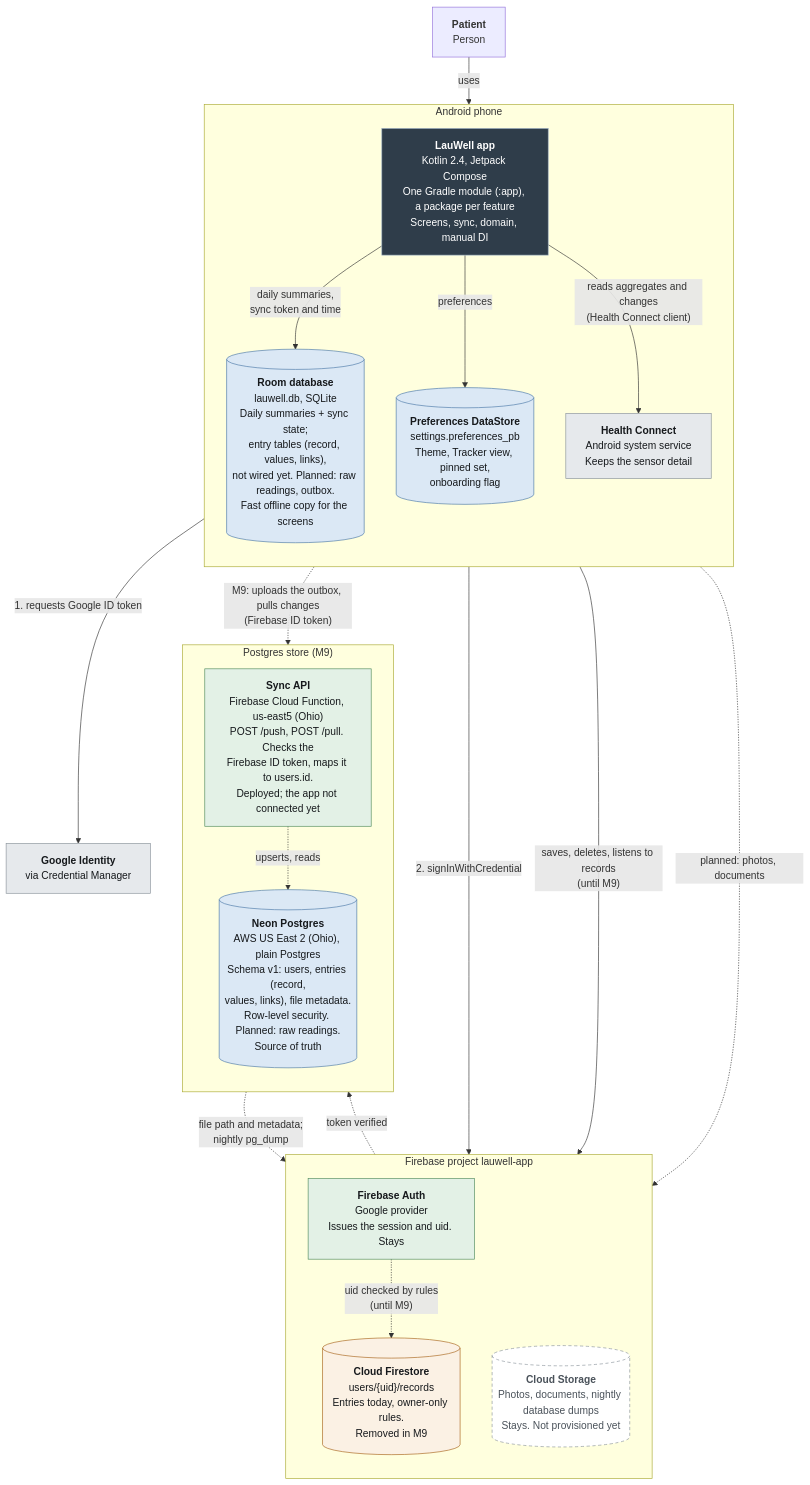
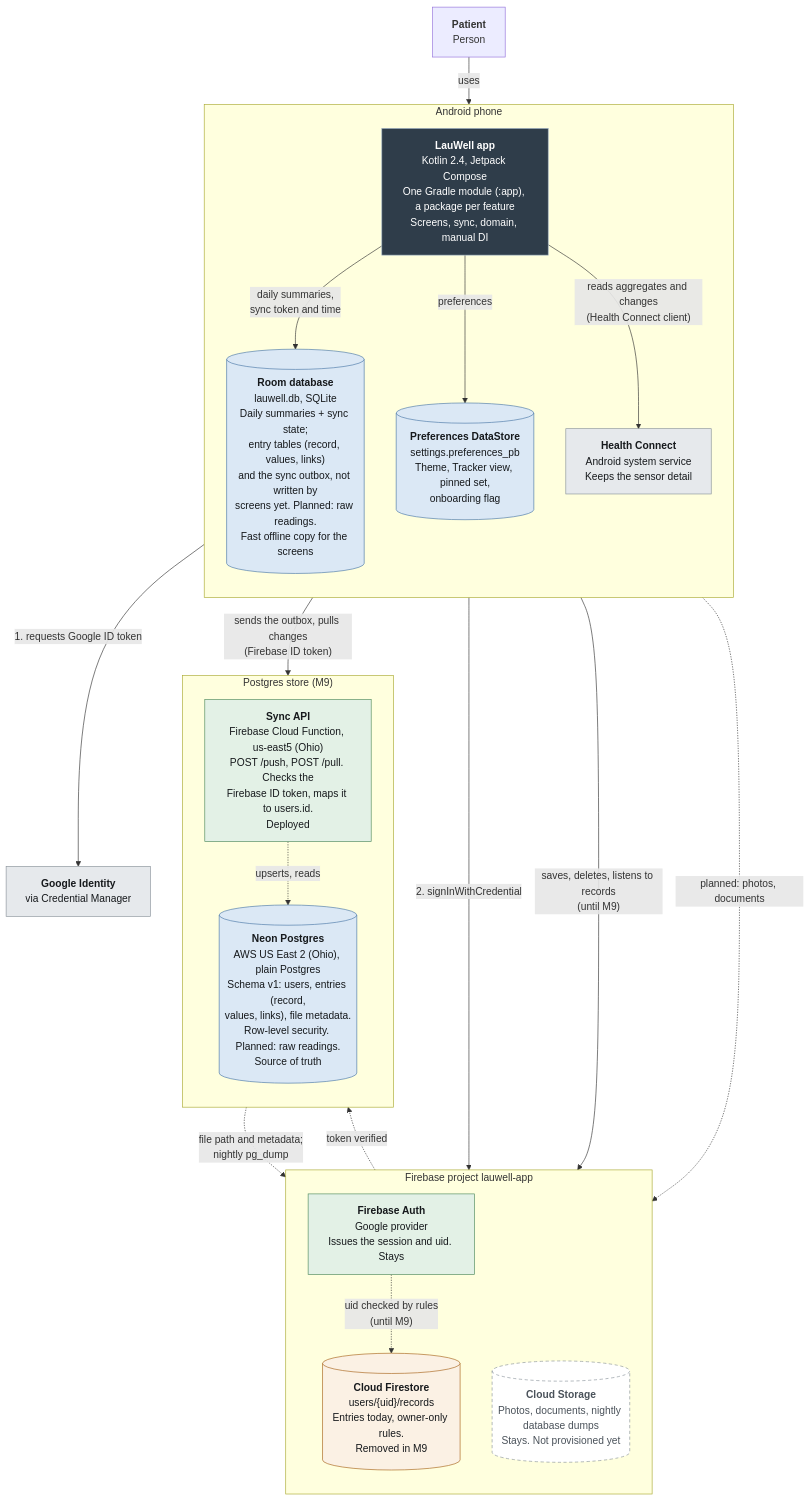
Before and after one commit to Laul/LauWell: the diagram in docs/architecture/c4/c4-2-containers.mmd, drawn with Mermaid. The commit also changed 17 other files, not shown here.

First line of the commit message:
[sync] Entry sync on the phone: Room outbox, EntrySync, HTTP client and worker

```diff
--- a/docs/architecture/c4/c4-2-containers.mmd
+++ b/docs/architecture/c4/c4-2-containers.mmd
@@ -1,48 +1,48 @@
 %% C4 level 2 - Containers. Solid = built, dashed = planned, amber = built and being removed (M9).
-%% Updated 2026-11-11: Neon provisioned with schema v1; the sync API deployed (backend/api), the app not connected yet.
+%% Updated 2026-11-11: Neon provisioned with schema v1; the sync API deployed (backend/api) and called by EntrySync.
 flowchart TB
   classDef app fill:#2f3d4a,stroke:#9fb2c4,color:#ffffff
   classDef store fill:#dbe8f5,stroke:#4b78a8,color:#16191C
   classDef cloud fill:#e3f1e6,stroke:#4f8a5c,color:#16191C
   classDef ext fill:#e6e9ec,stroke:#8a939b,color:#16191C
   classDef planned fill:#ffffff,stroke:#8a939b,color:#4a525a,stroke-dasharray:5 4
   classDef retiring fill:#fbf1e4,stroke:#a8641a,color:#16191C
 
   P["<b>Patient</b><br/>Person"]
 
   subgraph PHONE["Android phone"]
     direction TB
     APP["<b>LauWell app</b><br/>Kotlin 2.4, Jetpack Compose<br/>One Gradle module (:app), a package per feature<br/>Screens, sync, domain, manual DI"]:::app
-    ROOM[("<b>Room database</b><br/>lauwell.db, SQLite<br/>Daily summaries + sync state;<br/>entry tables (record, values, links),<br/>not wired yet. Planned: raw readings, outbox.<br/>Fast offline copy for the screens")]:::store
+    ROOM[("<b>Room database</b><br/>lauwell.db, SQLite<br/>Daily summaries + sync state;<br/>entry tables (record, values, links)<br/>and the sync outbox, not written by<br/>screens yet. Planned: raw readings.<br/>Fast offline copy for the screens")]:::store
     DS[("<b>Preferences DataStore</b><br/>settings.preferences_pb<br/>Theme, Tracker view, pinned set,<br/>onboarding flag")]:::store
     HC["<b>Health Connect</b><br/>Android system service<br/>Keeps the sensor detail"]:::ext
   end
 
   subgraph FIREBASE["Firebase project lauwell-app"]
     direction TB
     AUTH["<b>Firebase Auth</b><br/>Google provider<br/>Issues the session and uid. Stays"]:::cloud
     ST[("<b>Cloud Storage</b><br/>Photos, documents, nightly database dumps<br/>Stays. Not provisioned yet")]:::planned
     FS[("<b>Cloud Firestore</b><br/>users/{uid}/records<br/>Entries today, owner-only rules.<br/>Removed in M9")]:::retiring
   end
 
   subgraph STORE["Postgres store (M9)"]
     direction TB
-    API["<b>Sync API</b><br/>Firebase Cloud Function, us-east5 (Ohio)<br/>POST /push, POST /pull. Checks the<br/>Firebase ID token, maps it to users.id.<br/>Deployed; the app not connected yet"]:::cloud
+    API["<b>Sync API</b><br/>Firebase Cloud Function, us-east5 (Ohio)<br/>POST /push, POST /pull. Checks the<br/>Firebase ID token, maps it to users.id.<br/>Deployed"]:::cloud
     PG[("<b>Neon Postgres</b><br/>AWS US East 2 (Ohio), plain Postgres<br/>Schema v1: users, entries (record,<br/>values, links), file metadata.<br/>Row-level security. Planned: raw readings.<br/>Source of truth")]:::store
   end
 
   GI["<b>Google Identity</b><br/>via Credential Manager"]:::ext
 
   P -->|"uses"| APP
   APP -->|"daily summaries,<br/>sync token and time"| ROOM
   APP -->|"preferences"| DS
   APP -->|"reads aggregates and changes<br/>(Health Connect client)"| HC
   APP -->|"1. requests Google ID token"| GI
   APP -->|"2. signInWithCredential"| AUTH
   APP -->|"saves, deletes, listens to records<br/>(until M9)"| FS
   AUTH -.->|"uid checked by rules<br/>(until M9)"| FS
-  APP -.->|"M9: uploads the outbox, pulls changes<br/>(Firebase ID token)"| API
+  APP -->|"sends the outbox, pulls changes<br/>(Firebase ID token)"| API
   AUTH -.->|"token verified"| API
   API -.->|"upserts, reads"| PG
   APP -.->|"planned: photos, documents"| ST
   PG -.->|"file path and metadata;<br/>nightly pg_dump"| ST
```
